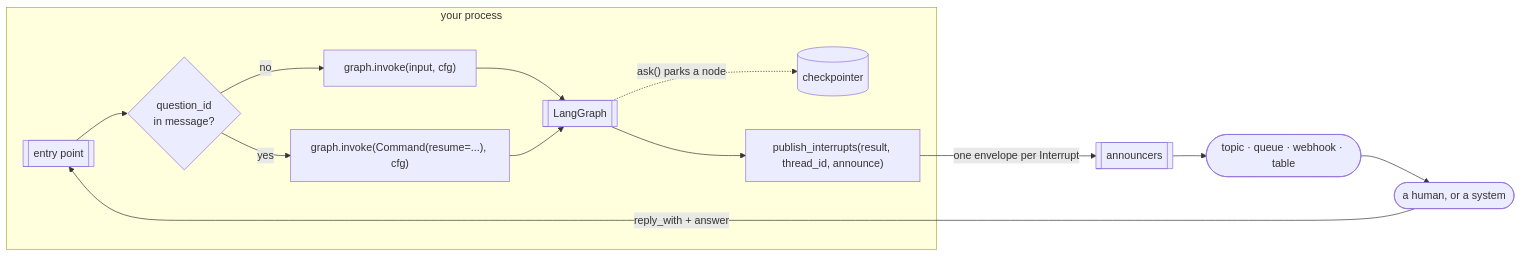
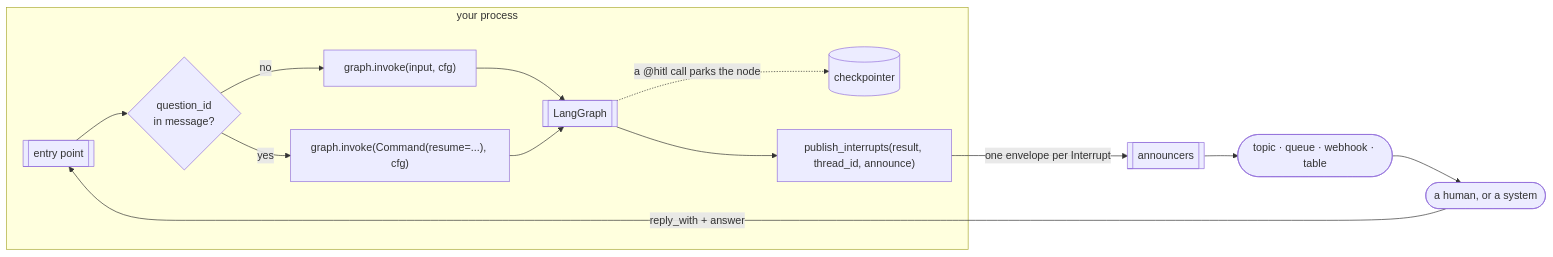
The diagram in docs/architecture.md (skamalj/agent-wait), drawn with Mermaid before and after one commit. The commit also changed other lines of this file and 27 other files, not shown here.

````diff
--- a/docs/architecture.md
+++ b/docs/architecture.md
@@ -5,16 +5,16 @@
 ```mermaid
 flowchart LR
     subgraph host["your process"]
         Q[["entry point"]] --> R{"question_id<br/>in message?"}
         R -->|no| I["graph.invoke(input, cfg)"]
         R -->|yes| RS["graph.invoke(Command(resume=...), cfg)"]
         I --> G[["LangGraph"]]
         RS --> G
-        G -.->|"ask() parks a node"| CP[(checkpointer)]
+        G -.->|"a @hitl call parks the node"| CP[(checkpointer)]
         G --> P["publish_interrupts(result, thread_id, announce)"]
     end
     P -->|"one envelope per Interrupt"| A[["announcers"]]
     A --> W(["topic · queue · webhook · table"])
     W --> H([a human, or a system])
     H -->|"reply_with + answer"| Q
 ```
````
